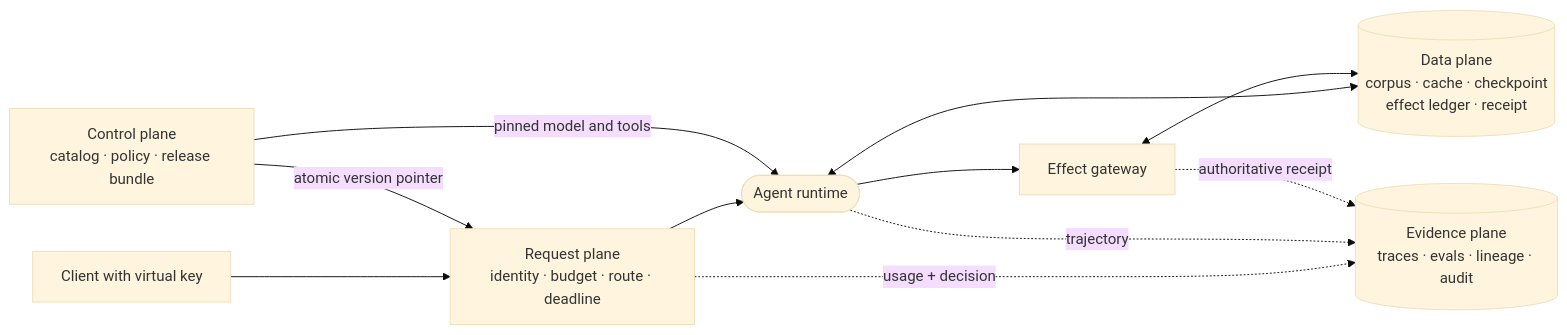
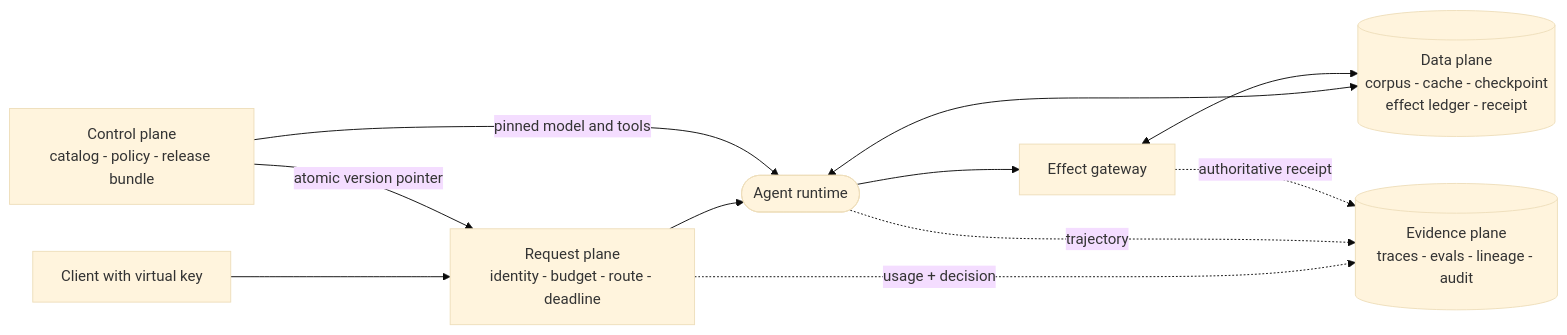
One commit to omkarsarde/agentic-engineering-at-scale changed the first of 4 diagrams in chapters/26-production-platform.qmd. Above: the diagram before and after it, drawn with Mermaid (base theme). The commit also changed other lines of this file and 6 other files, not shown here.

````diff
--- a/chapters/26-production-platform.qmd
+++ b/chapters/26-production-platform.qmd
@@ -55,19 +17,19 @@
 ```{mermaid}
+%%| echo: false
 %%| label: fig-ch26-planes
-%%| fig-cap: "Where do request authority, durable state, release control, and operational evidence live?"
-%%| fig-alt: "Clients enter a request gateway that calls an agent and effect service. A control plane publishes an immutable bundle to the gateway and agent. A data plane stores corpora, checkpoints, effect ledgers, and receipts. Each component emits evidence to a separate observability plane."
+%%| fig-cap: "Where do request authority, durable state, release control, and operational evidence live — and which way does authority flow? The control plane publishes downward; evidence records but does not gate the hot path."
 flowchart LR
-    CLIENT["Client with virtual key"] --> GATE["Request plane<br/>identity · budget · route · deadline"]
+    CLIENT["Client with virtual key"] --> GATE["Request plane<br/>identity - budget - route - deadline"]
     GATE --> AGENT(["Agent runtime"])
     AGENT --> EFFECT["Effect gateway"]
 
-    CONTROL["Control plane<br/>catalog · policy · release bundle"] -->|"atomic version pointer"| GATE
+    CONTROL["Control plane<br/>catalog - policy - release bundle"] -->|"atomic version pointer"| GATE
     CONTROL -->|"pinned model and tools"| AGENT
-    DATA[("Data plane<br/>corpus · cache · checkpoint<br/>effect ledger · receipt")]
+    DATA[("Data plane<br/>corpus - cache - checkpoint<br/>effect ledger - receipt")]
     AGENT <--> DATA
     EFFECT <--> DATA
 
-    GATE -. "usage + decision" .-> EVIDENCE[("Evidence plane<br/>traces · evals · lineage · audit")]
+    GATE -. "usage + decision" .-> EVIDENCE[("Evidence plane<br/>traces - evals - lineage - audit")]
     AGENT -. "trajectory" .-> EVIDENCE
     EFFECT -. "authoritative receipt" .-> EVIDENCE
 ```
````
